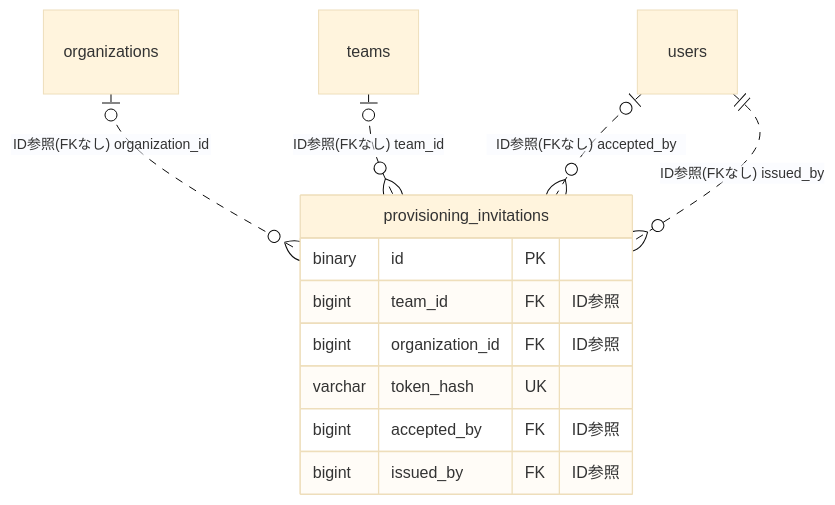
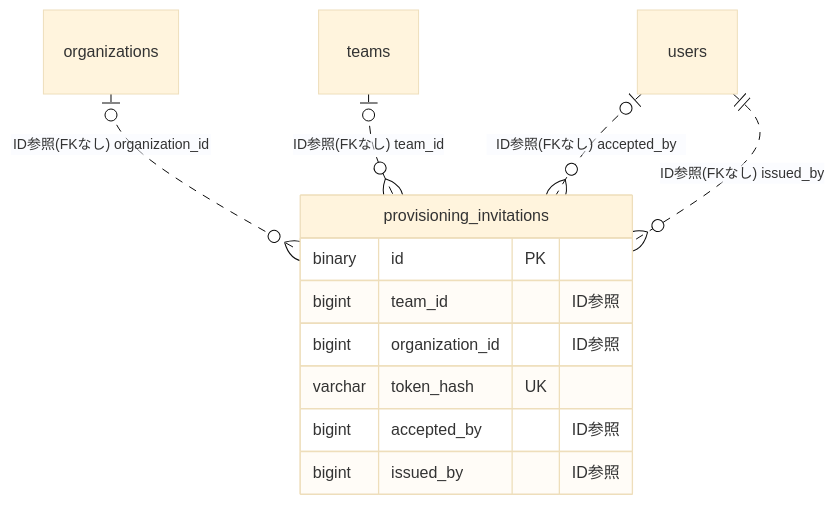
One commit to kenta-0420/mannschaft changed the diagram in docs/architecture/er/provisioning.md. Above: the diagram before and after it, drawn with Mermaid (base theme). The commit also changed other lines of this file and 115 other files, not shown here.

Commit message:
改善: ER図のFKマーカーを実FKのみに限定し、被参照の逆引き節とREADME凡例を追加 (PR #4268)

````diff
--- a/docs/architecture/er/provisioning.md
+++ b/docs/architecture/er/provisioning.md
@@ -12,18 +12,18 @@
 ```mermaid
 erDiagram
     provisioning_invitations {
         binary id PK
-        bigint team_id FK "ID参照"
-        bigint organization_id FK "ID参照"
+        bigint team_id "ID参照"
+        bigint organization_id "ID参照"
         varchar token_hash UK
-        bigint accepted_by FK "ID参照"
-        bigint issued_by FK "ID参照"
+        bigint accepted_by "ID参照"
+        bigint issued_by "ID参照"
     }
     organizations
     teams
     users
     organizations |o..o{ provisioning_invitations : "ID参照(FKなし) organization_id"
     teams |o..o{ provisioning_invitations : "ID参照(FKなし) team_id"
     users |o..o{ provisioning_invitations : "ID参照(FKなし) accepted_by"
     users ||..o{ provisioning_invitations : "ID参照(FKなし) issued_by"
 ```
````
